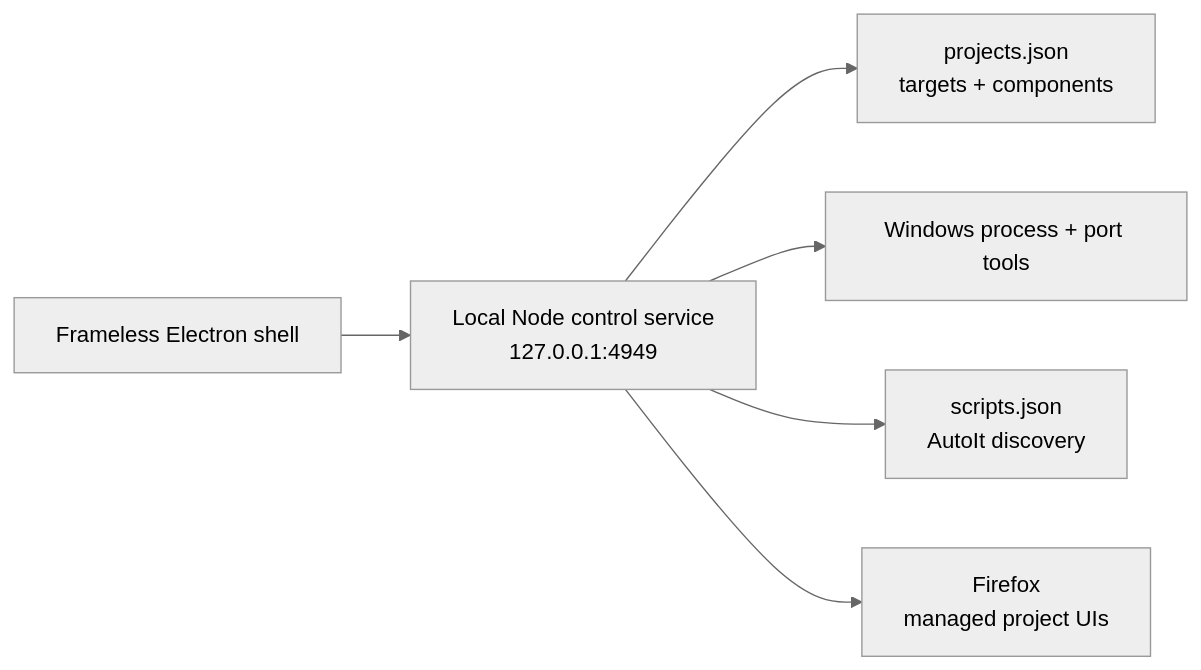
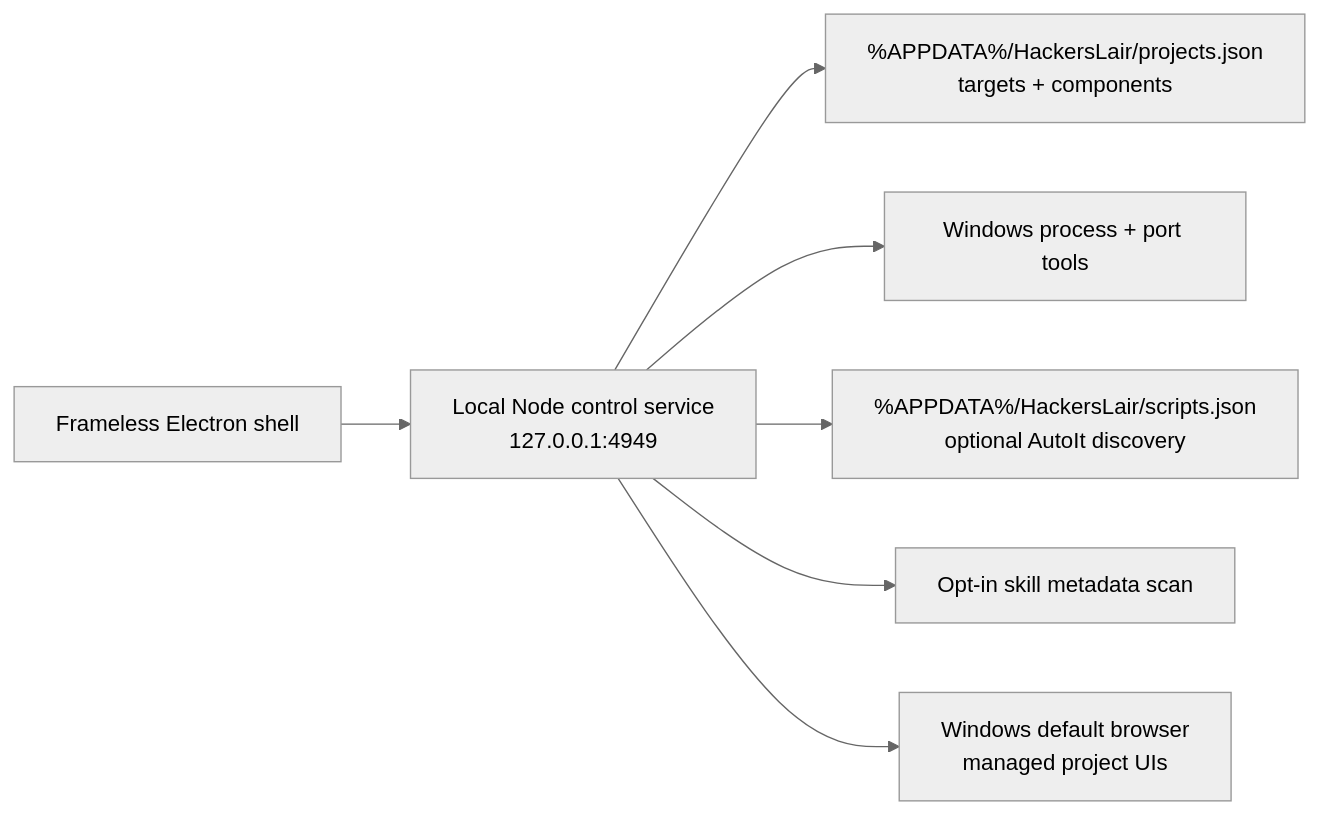
Before and after one commit to alfonza1/hackers-lair: the diagram in README.md, drawn with Mermaid (neutral theme). The commit also changed other lines of this file and 36 other files, not shown here.

````diff
--- a/README.md
+++ b/README.md
@@ -59,8 +77,9 @@
 ```mermaid
 flowchart LR
     UI["Frameless Electron shell"] --> API["Local Node control service<br/>127.0.0.1:4949"]
-    API --> PROJECTS["projects.json<br/>targets + components"]
+    API --> PROJECTS["%APPDATA%/HackersLair/projects.json<br/>targets + components"]
     API --> WINDOWS["Windows process + port tools"]
-    API --> SCRIPTS["scripts.json<br/>AutoIt discovery"]
-    API --> FIREFOX["Firefox<br/>managed project UIs"]
+    API --> SCRIPTS["%APPDATA%/HackersLair/scripts.json<br/>optional AutoIt discovery"]
+    API --> SKILLS["Opt-in skill metadata scan"]
+    API --> BROWSER["Windows default browser<br/>managed project UIs"]
 ```
````
